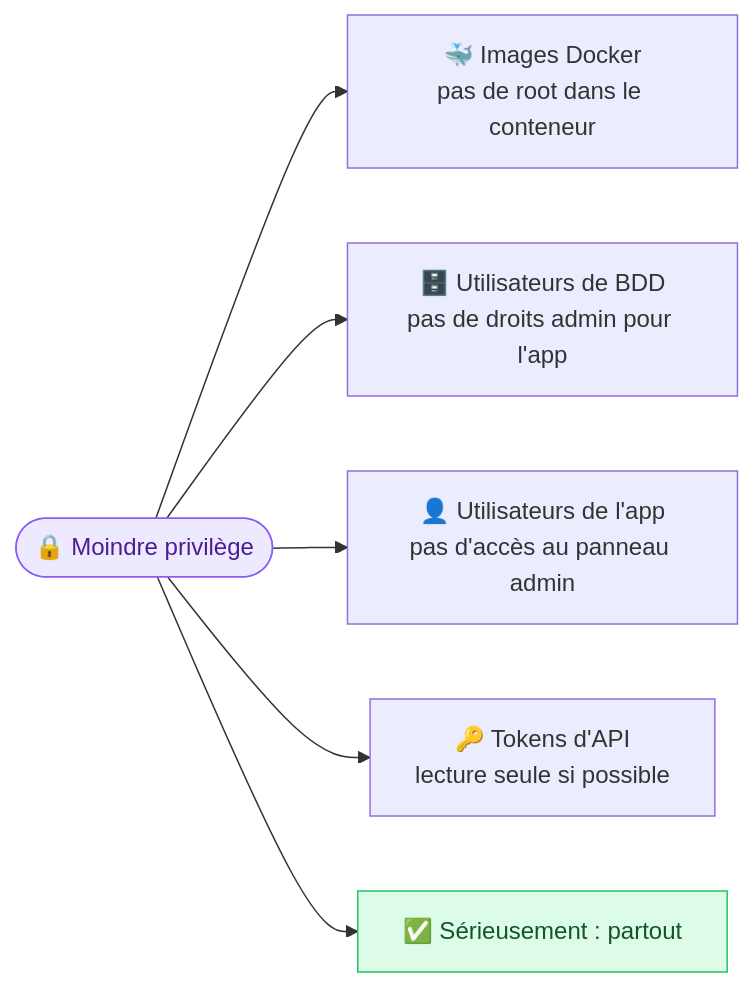
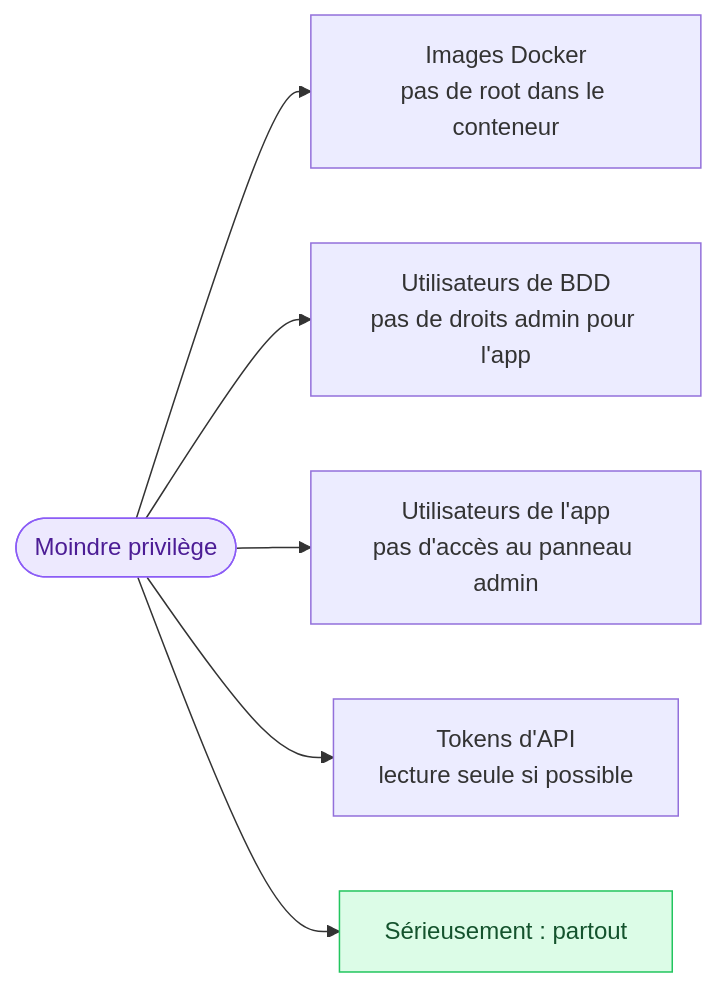
One commit to GoobyWoobies/HEIA-IT changed the fourth of 4 diagrams in methodologie-securite-it/linux/07-permissions.md. Above: the diagram before and after it, drawn with Mermaid. The commit also changed other lines of this file and 24 other files, not shown here.

````diff
--- a/methodologie-securite-it/linux/07-permissions.md
+++ b/methodologie-securite-it/linux/07-permissions.md
@@ -370,11 +370,11 @@
 ```mermaid
 flowchart LR
-    P(["🔒 Moindre privilège"]) --> D["🐳 Images Docker<br/>pas de root dans le conteneur"]
-    P --> DB["🗄️ Utilisateurs de BDD<br/>pas de droits admin pour l'app"]
-    P --> APP["👤 Utilisateurs de l'app<br/>pas d'accès au panneau admin"]
-    P --> T["🔑 Tokens d'API<br/>lecture seule si possible"]
-    P --> ALL["✅ Sérieusement : partout"]
+    P(["Moindre privilège"]) --> D["Images Docker<br/>pas de root dans le conteneur"]
+    P --> DB["Utilisateurs de BDD<br/>pas de droits admin pour l'app"]
+    P --> APP["Utilisateurs de l'app<br/>pas d'accès au panneau admin"]
+    P --> T["Tokens d'API<br/>lecture seule si possible"]
+    P --> ALL["Sérieusement : partout"]
 
     style P fill:#ede9fe,stroke:#8b5cf6,color:#4c1d95
     style ALL fill:#dcfce7,stroke:#22c55e,color:#14532d
 ```
````
